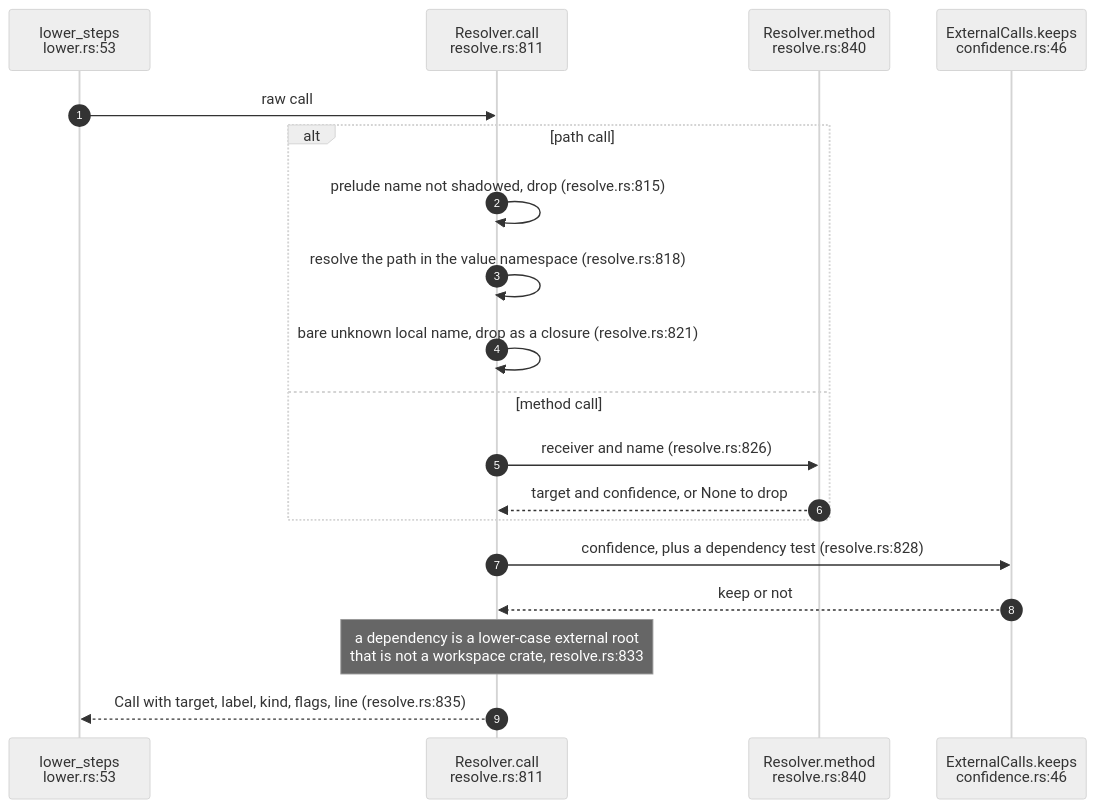
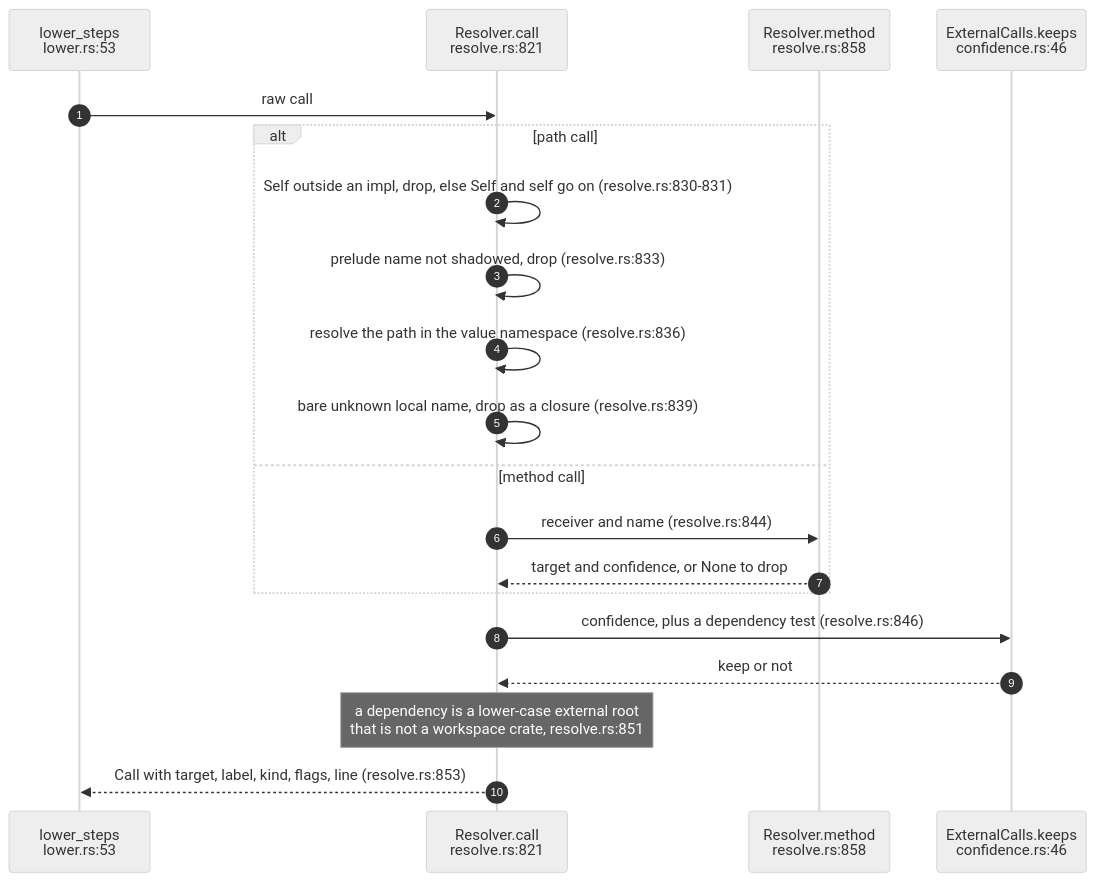
One commit to DreamLab-AI/codemaid changed the fourth of 5 diagrams in docs/diagrams/extract/04-lowering-confidence-and-labels.md. Above: the diagram before and after it, drawn with Mermaid (neutral theme). The commit also changed other lines of this file and 23 other files, not shown here.

````diff
--- a/docs/diagrams/extract/04-lowering-confidence-and-labels.md
+++ b/docs/diagrams/extract/04-lowering-confidence-and-labels.md
@@ -167,21 +167,22 @@
 ```mermaid
 sequenceDiagram
     autonumber
     participant LS as lower_steps<br/>lower.rs:53
-    participant CA as Resolver.call<br/>resolve.rs:811
-    participant ME as Resolver.method<br/>resolve.rs:840
+    participant CA as Resolver.call<br/>resolve.rs:821
+    participant ME as Resolver.method<br/>resolve.rs:858
     participant EC as ExternalCalls.keeps<br/>confidence.rs:46
     LS->>CA: raw call
     alt path call
-        CA->>CA: prelude name not shadowed, drop (resolve.rs:815)
-        CA->>CA: resolve the path in the value namespace (resolve.rs:818)
-        CA->>CA: bare unknown local name, drop as a closure (resolve.rs:821)
+        CA->>CA: Self outside an impl, drop, else Self and self go on (resolve.rs:830-831)
+        CA->>CA: prelude name not shadowed, drop (resolve.rs:833)
+        CA->>CA: resolve the path in the value namespace (resolve.rs:836)
+        CA->>CA: bare unknown local name, drop as a closure (resolve.rs:839)
     else method call
-        CA->>ME: receiver and name (resolve.rs:826)
+        CA->>ME: receiver and name (resolve.rs:844)
         ME-->>CA: target and confidence, or None to drop
     end
-    CA->>EC: confidence, plus a dependency test (resolve.rs:828)
+    CA->>EC: confidence, plus a dependency test (resolve.rs:846)
     EC-->>CA: keep or not
-    Note over CA: a dependency is a lower-case external root<br/>that is not a workspace crate, resolve.rs:833
-    CA-->>LS: Call with target, label, kind, flags, line (resolve.rs:835)
+    Note over CA: a dependency is a lower-case external root<br/>that is not a workspace crate, resolve.rs:851
+    CA-->>LS: Call with target, label, kind, flags, line (resolve.rs:853)
 ```
````
